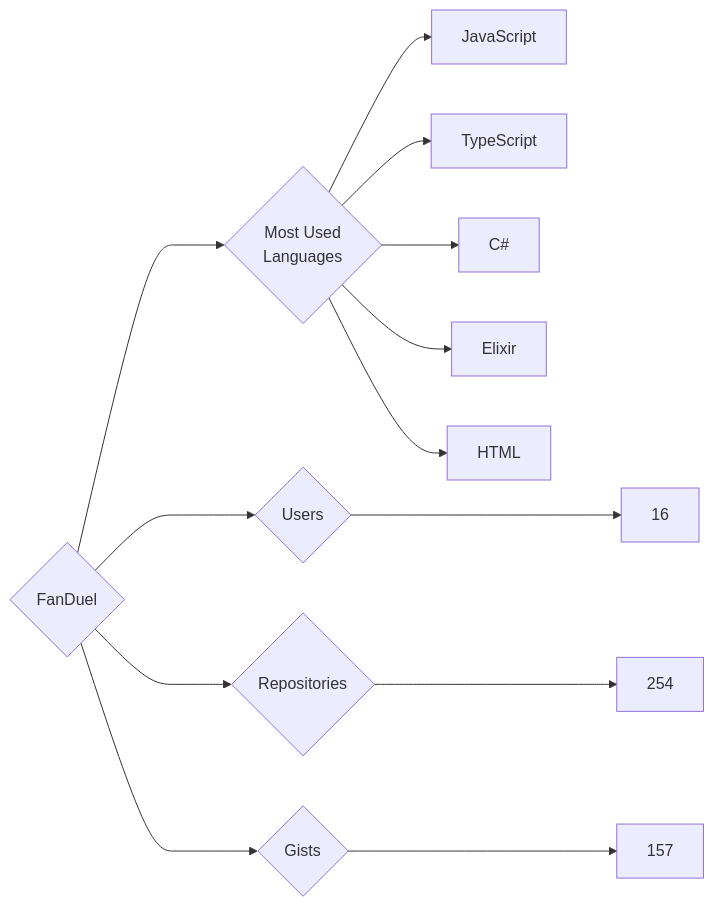
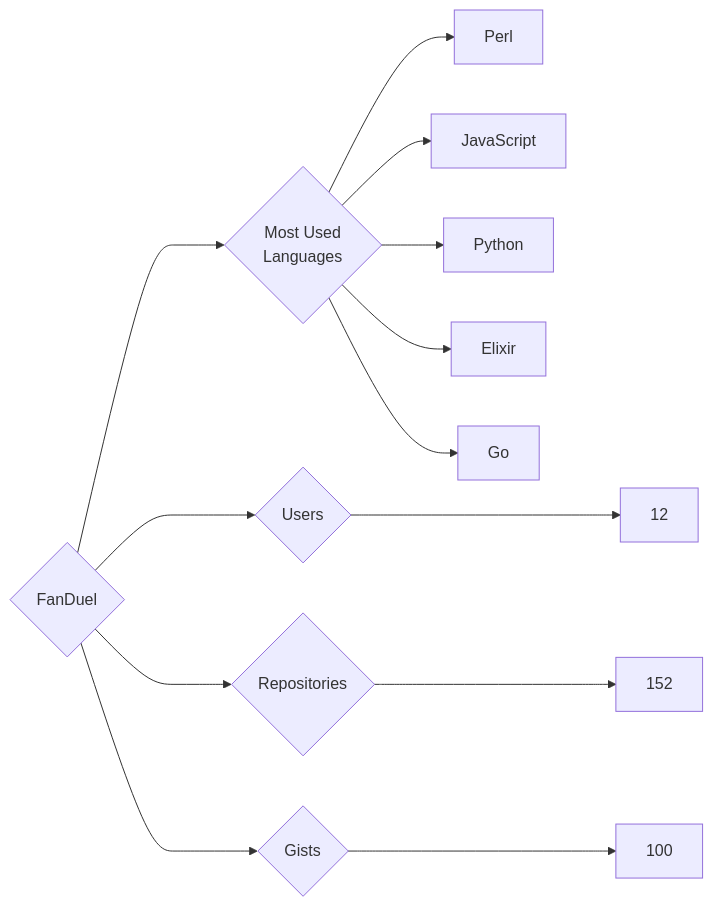
Before and after one commit to trickest/insiders: the diagram in targets/FanDuel/README.md, drawn with Mermaid. The commit also changed 1314 other files, not shown here.

````diff
--- a/targets/FanDuel/README.md
+++ b/targets/FanDuel/README.md
@@ -3,13 +3,13 @@
 ```mermaid
 graph LR
 COMPANY_NAME{FanDuel}
-COMPANY_NAME ---> U{Users} ---> UN[16]
-COMPANY_NAME ---> R{Repositories} ---> RN[254]
-COMPANY_NAME ---> G{Gists} ---> GN[157]
+COMPANY_NAME ---> U{Users} ---> UN[12]
+COMPANY_NAME ---> R{Repositories} ---> RN[152]
+COMPANY_NAME ---> G{Gists} ---> GN[100]
 COMPANY_NAME ---> ML{Most Used<br>Languages}
+ML --> Perl[Perl]
 ML --> JavaScript[JavaScript]
-ML --> TypeScript[TypeScript]
-ML --> C#[C#]
+ML --> Python[Python]
 ML --> Elixir[Elixir]
-ML --> HTML[HTML]
+ML --> Go[Go]
 ```
````
